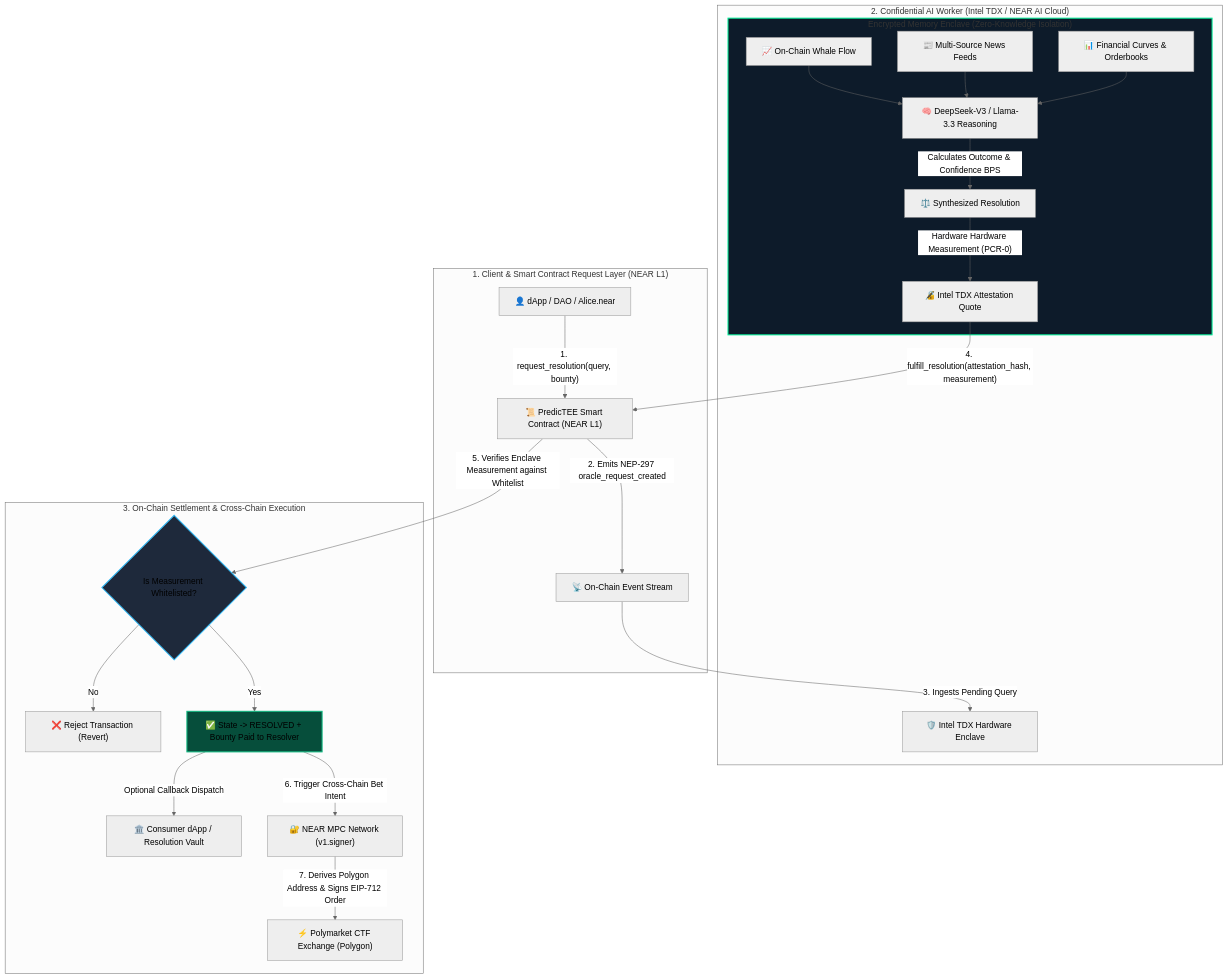
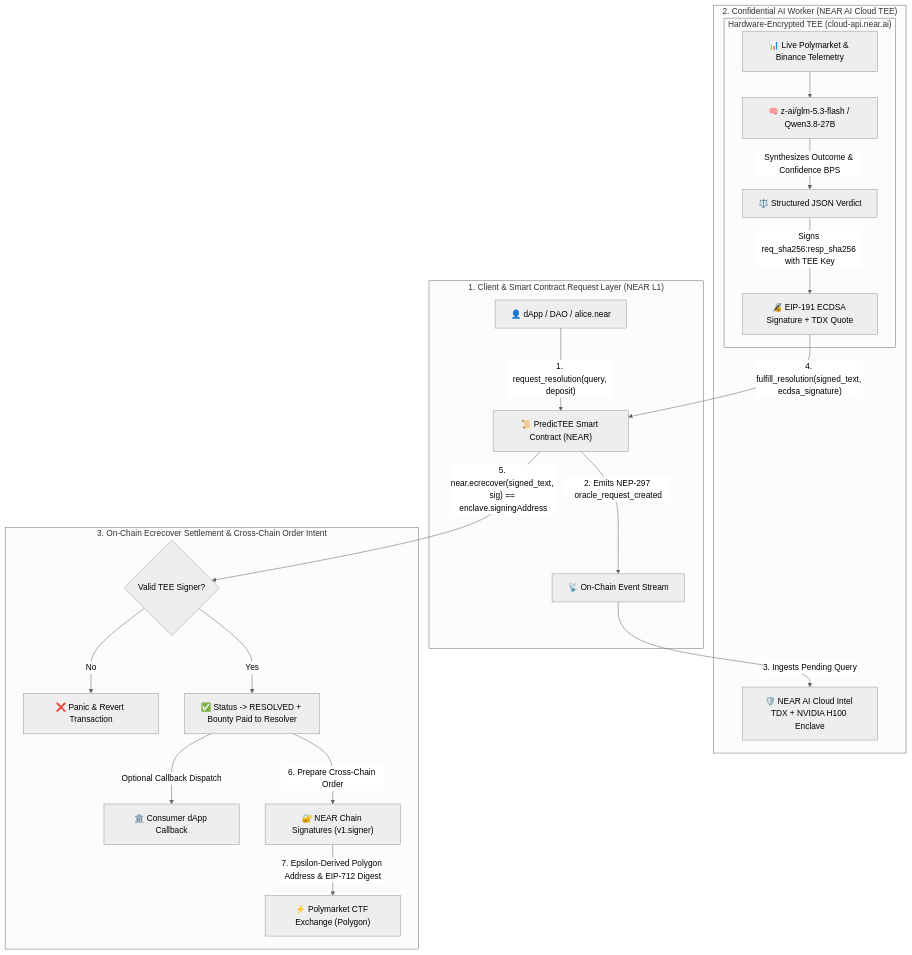
One commit to zhic49280-oss/predictee changed the diagram in README.md. Above: the diagram before and after it, drawn with Mermaid (neutral theme). The commit also changed other lines of this file and 22 other files, not shown here.

Commit message:
feat(v2): add live DCAP/NRAS TEE verifier, on-chain ecrecover & anti-replay, canonical MPC KDF, and align UI/docs

````diff
--- a/README.md
+++ b/README.md
@@ -45,32 +78,26 @@
 ```mermaid
 flowchart TD
     subgraph Layer1 ["1. Client & Smart Contract Request Layer (NEAR L1)"]
-        User["👤 dApp / DAO / Alice.near"] -->|"1. request_resolution(query, bounty)"| Contract["📜 PredicTEE Smart Contract (NEAR L1)"]
+        User["👤 dApp / DAO / alice.near"] -->|"1. request_resolution(query, deposit)"| Contract["📜 PredicTEE Smart Contract (NEAR)"]
         Contract -->|"2. Emits NEP-297 oracle_request_created"| EventHub["📡 On-Chain Event Stream"]
     end
 
-    subgraph Layer2 ["2. Confidential AI Worker (Intel TDX / NEAR AI Cloud)"]
-        EventHub -->|"3. Ingests Pending Query"| Enclave["🛡️ Intel TDX Hardware Enclave"]
-        subgraph Enclave_Boundary ["Encrypted Memory Enclave (Zero-Knowledge Isolation)"]
-            Feed1["📊 Financial Curves & Orderbooks"] --> AI["🧠 DeepSeek-V3 / Llama-3.3 Reasoning"]
-            Feed2["📰 Multi-Source News Feeds"] --> AI
-            Feed3["📈 On-Chain Whale Flow"] --> AI
-            AI -->|"Calculates Outcome & Confidence BPS"| Reasoner["⚖️ Synthesized Resolution"]
-            Reasoner -->|"Hardware Hardware Measurement (PCR-0)"| QuoteGen["🔏 Intel TDX Attestation Quote"]
+    subgraph Layer2 ["2. Confidential AI Worker (NEAR AI Cloud TEE)"]
+        EventHub -->|"3. Ingests Pending Query"| Enclave["🛡️ NEAR AI Cloud Intel TDX + NVIDIA H100 Enclave"]
+        subgraph Enclave_Boundary ["Hardware-Encrypted TEE (cloud-api.near.ai)"]
+            Feed1["📊 Live Polymarket & Binance Telemetry"] --> AI["🧠 z-ai/glm-5.3-flash / Qwen3.8-27B"]
+            AI -->|"Synthesizes Outcome & Confidence BPS"| Reasoner["⚖️ Structured JSON Verdict"]
+            Reasoner -->|"Signs req_sha256:resp_sha256 with TEE Key"| QuoteGen["🔏 EIP-191 ECDSA Signature + TDX Quote"]
         end
     end
 
-    subgraph Layer3 ["3. On-Chain Settlement & Cross-Chain Execution"]
-        QuoteGen -->|"4. fulfill_resolution(attestation_hash, measurement)"| Contract
-        Contract -->|"5. Verifies Enclave Measurement against Whitelist"| Verifier{"Is Measurement Whitelisted?"}
-        Verifier -- "No" --> Reject["❌ Reject Transaction (Revert)"]
-        Verifier -- "Yes" --> Settle["✅ State -> RESOLVED + Bounty Paid to Resolver"]
-        Settle -->|"Optional Callback Dispatch"| Consumer["🏛️ Consumer dApp / Resolution Vault"]
-        Settle -->|"6. Trigger Cross-Chain Bet Intent"| MPC["🔐 NEAR MPC Network (v1.signer)"]
-        MPC -->|"7. Derives Polygon Address & Signs EIP-712 Order"| PolyMarket["⚡ Polymarket CTF Exchange (Polygon)"]
+    subgraph Layer3 ["3. On-Chain Ecrecover Settlement & Cross-Chain Order Intent"]
+        QuoteGen -->|"4. fulfill_resolution(signed_text, ecdsa_signature)"| Contract
+        Contract -->|"5. near.ecrecover(signed_text, sig) == enclave.signingAddress"| Verifier{"Valid TEE Signer?"}
+        Verifier -- "No" --> Reject["❌ Panic & Revert Transaction"]
+        Verifier -- "Yes" --> Settle["✅ Status -> RESOLVED + Bounty Paid to Resolver"]
+        Settle -->|"Optional Callback Dispatch"| Consumer["🏛️ Consumer dApp Callback"]
+        Settle -->|"6. Prepare Cross-Chain Order"| MPC["🔐 NEAR Chain Signatures (v1.signer)"]
+        MPC -->|"7. Epsilon-Derived Polygon Address & EIP-712 Digest"| PolyMarket["⚡ Polymarket CTF Exchange (Polygon)"]
     end
-
-    style Enclave_Boundary fill:#0d1b2a,stroke:#00ec97,stroke-width:2px;
-    style Verifier fill:#1e293b,stroke:#38bdf8,stroke-width:2px;
-    style Settle fill:#064e3b,stroke:#10b981,stroke-width:2px;
 ```
````
